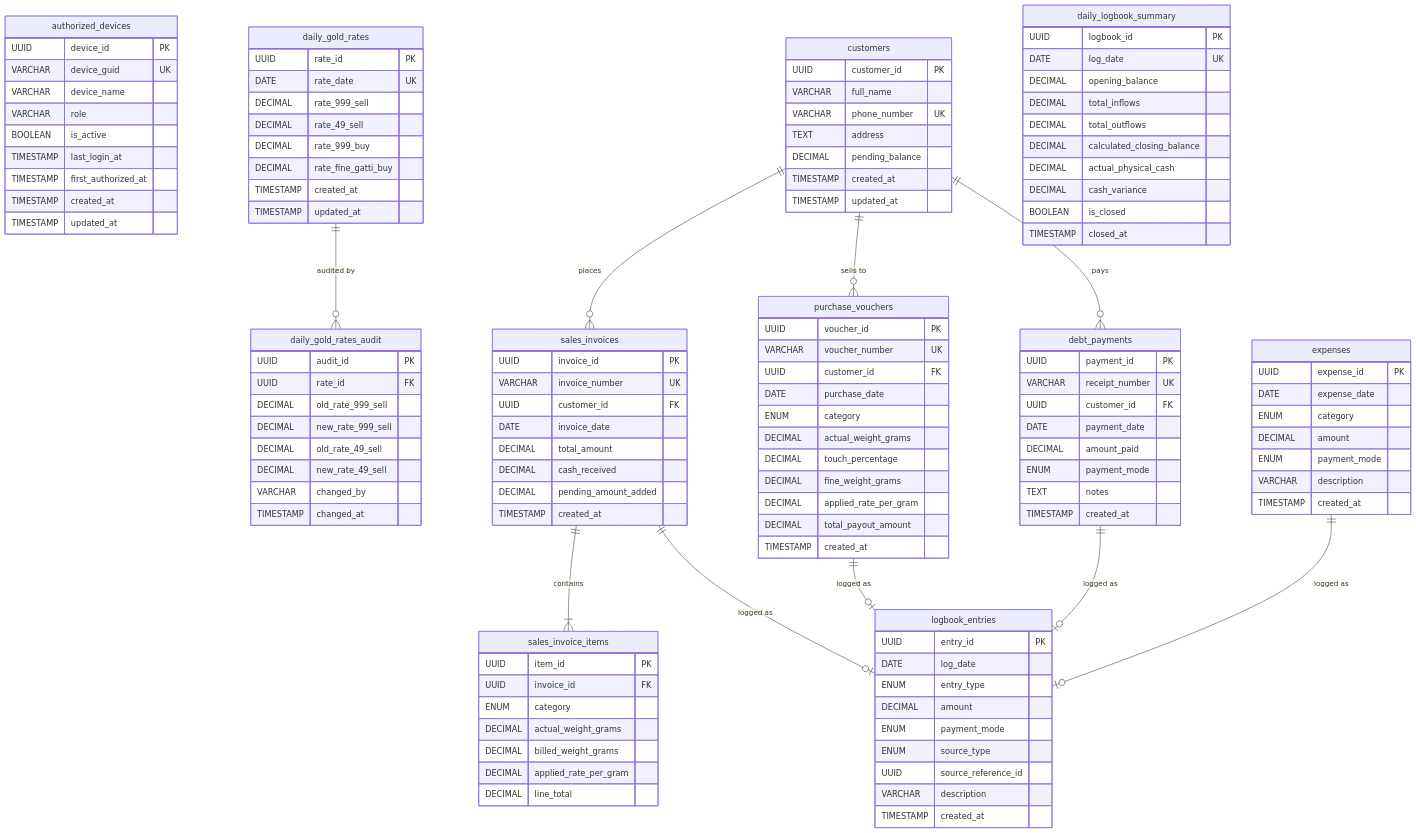
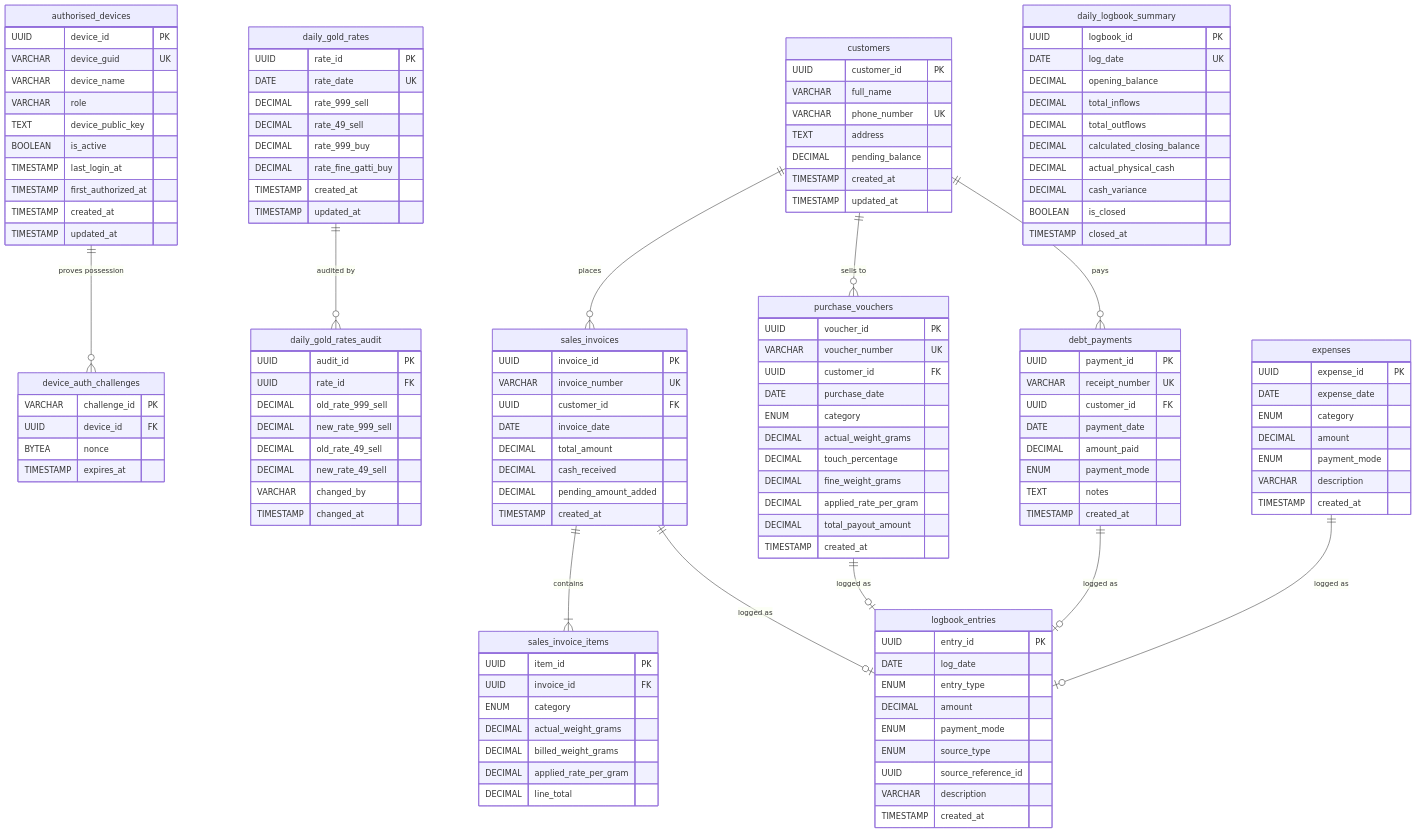
One commit to Varshihihihi21/gold_system changed the diagram in docs/diagrams/database_schema.mmd. Above: the diagram before and after it, drawn with Mermaid. The commit also changed 73 other files, not shown here.

```diff
--- a/docs/diagrams/database_schema.mmd
+++ b/docs/diagrams/database_schema.mmd
@@ -1,124 +1,132 @@
 erDiagram
-    authorized_devices {
+    authorised_devices {
         UUID device_id PK
         VARCHAR device_guid UK
         VARCHAR device_name
         VARCHAR role
+        TEXT device_public_key
         BOOLEAN is_active
         TIMESTAMP last_login_at
         TIMESTAMP first_authorized_at
         TIMESTAMP created_at
         TIMESTAMP updated_at
+    }
+    device_auth_challenges {
+        VARCHAR challenge_id PK
+        UUID device_id FK
+        BYTEA nonce
+        TIMESTAMP expires_at
     }
     daily_gold_rates {
         UUID rate_id PK
         DATE rate_date UK
         DECIMAL rate_999_sell
         DECIMAL rate_49_sell
         DECIMAL rate_999_buy
         DECIMAL rate_fine_gatti_buy
         TIMESTAMP created_at
         TIMESTAMP updated_at
     }
     daily_gold_rates_audit {
         UUID audit_id PK
         UUID rate_id FK
         DECIMAL old_rate_999_sell
         DECIMAL new_rate_999_sell
         DECIMAL old_rate_49_sell
         DECIMAL new_rate_49_sell
         VARCHAR changed_by
         TIMESTAMP changed_at
     }
     customers {
         UUID customer_id PK
         VARCHAR full_name
         VARCHAR phone_number UK
         TEXT address
         DECIMAL pending_balance
         TIMESTAMP created_at
         TIMESTAMP updated_at
     }
     sales_invoices {
         UUID invoice_id PK
         VARCHAR invoice_number UK
         UUID customer_id FK
         DATE invoice_date
         DECIMAL total_amount
         DECIMAL cash_received
         DECIMAL pending_amount_added
         TIMESTAMP created_at
     }
     sales_invoice_items {
         UUID item_id PK
         UUID invoice_id FK
         ENUM category
         DECIMAL actual_weight_grams
         DECIMAL billed_weight_grams
         DECIMAL applied_rate_per_gram
         DECIMAL line_total
     }
     purchase_vouchers {
         UUID voucher_id PK
         VARCHAR voucher_number UK
         UUID customer_id FK
         DATE purchase_date
         ENUM category
         DECIMAL actual_weight_grams
         DECIMAL touch_percentage
         DECIMAL fine_weight_grams
         DECIMAL applied_rate_per_gram
         DECIMAL total_payout_amount
         TIMESTAMP created_at
     }
     debt_payments {
         UUID payment_id PK
         VARCHAR receipt_number UK
         UUID customer_id FK
         DATE payment_date
         DECIMAL amount_paid
         ENUM payment_mode
         TEXT notes
         TIMESTAMP created_at
     }
     expenses {
         UUID expense_id PK
         DATE expense_date
         ENUM category
         DECIMAL amount
         ENUM payment_mode
         VARCHAR description
         TIMESTAMP created_at
     }
     daily_logbook_summary {
         UUID logbook_id PK
         DATE log_date UK
         DECIMAL opening_balance
         DECIMAL total_inflows
         DECIMAL total_outflows
         DECIMAL calculated_closing_balance
         DECIMAL actual_physical_cash
         DECIMAL cash_variance
         BOOLEAN is_closed
         TIMESTAMP closed_at
     }
     logbook_entries {
         UUID entry_id PK
         DATE log_date
         ENUM entry_type
         DECIMAL amount
         ENUM payment_mode
         ENUM source_type
         UUID source_reference_id
         VARCHAR description
         TIMESTAMP created_at
     }
     daily_gold_rates ||--o{ daily_gold_rates_audit : "audited by"
     customers ||--o{ sales_invoices : "places"
     customers ||--o{ purchase_vouchers : "sells to"
     customers ||--o{ debt_payments : "pays"
     sales_invoices ||--|{ sales_invoice_items : "contains"
     sales_invoices ||--o| logbook_entries : "logged as"
     purchase_vouchers ||--o| logbook_entries : "logged as"
     debt_payments ||--o| logbook_entries : "logged as"
     expenses ||--o| logbook_entries : "logged as"
+    authorised_devices ||--o{ device_auth_challenges : "proves possession"
```
